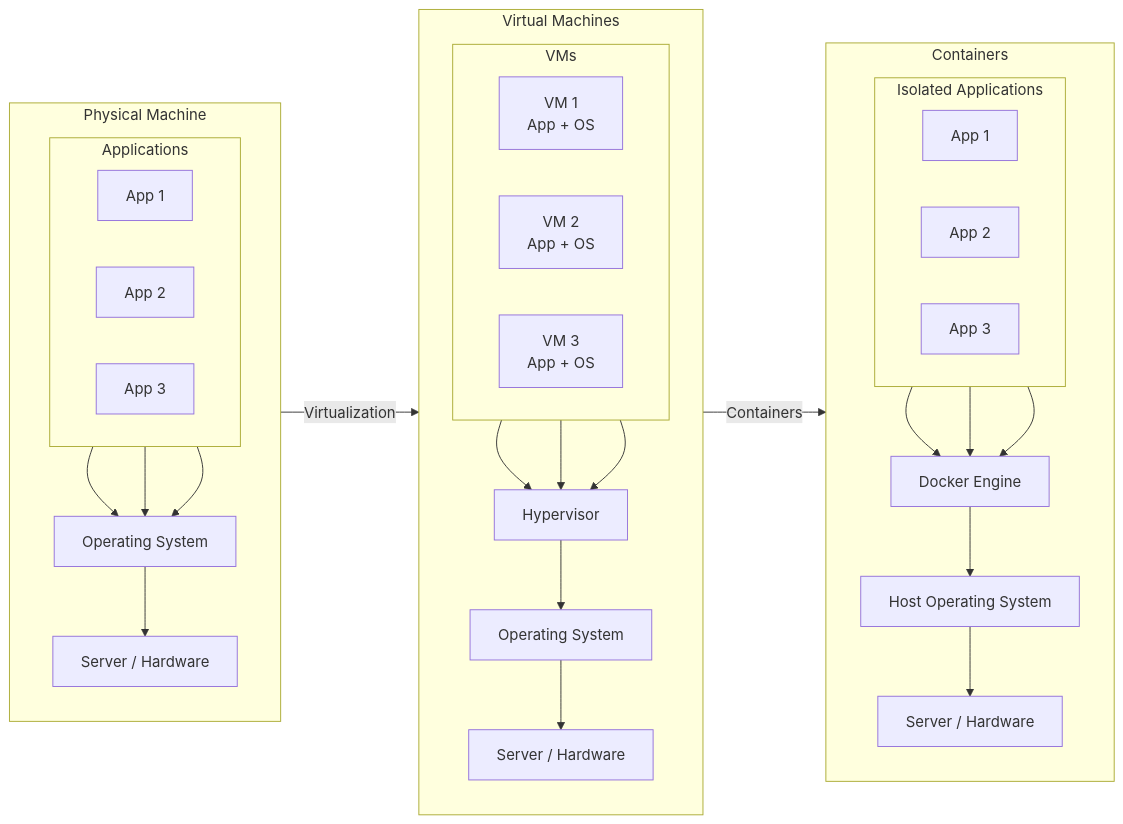
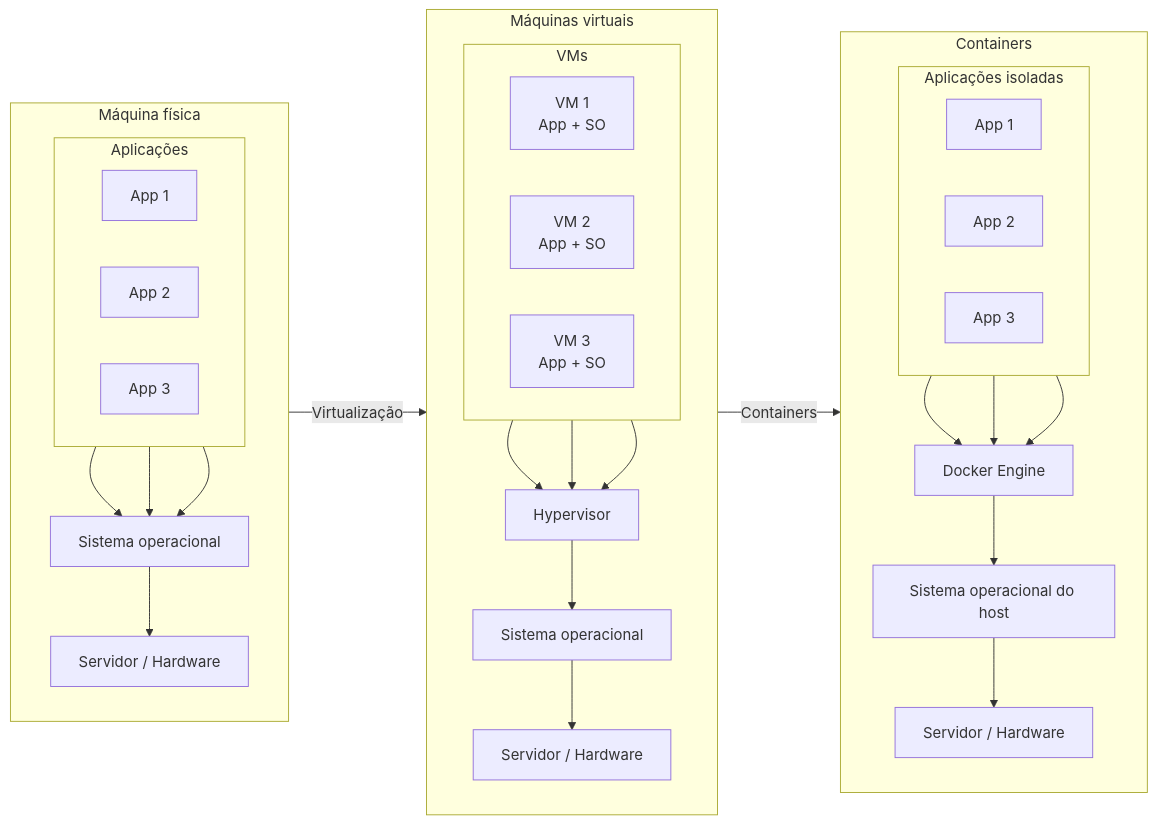
Before and after one commit to csarsantos96/commandlinux-blog: the diagram in src/content/posts/en/O-Que-e-containers.md, drawn with Mermaid. The commit also changed other lines of this file, not shown here.

````diff
--- a/src/content/posts/en/O-Que-e-containers.md
+++ b/src/content/posts/en/O-Que-e-containers.md
@@ -25,66 +25,66 @@
-  ```mermaid
+```mermaid
 flowchart LR
-    subgraph FISICA["Physical Machine"]
+    subgraph FISICA["Máquina física"]
         direction TB
 
-        subgraph APPS_F["Applications"]
+        subgraph APPS_F["Aplicações"]
             direction LR
             F1["App 1"]
             F2["App 2"]
             F3["App 3"]
         end
 
-        FOS["Operating System"]
-        FHW["Server / Hardware"]
+        FOS["Sistema operacional"]
+        FHW["Servidor / Hardware"]
 
         F1 --> FOS
         F2 --> FOS
         F3 --> FOS
         FOS --> FHW
     end
 
-    subgraph VMS["Virtual Machines"]
+    subgraph VMS["Máquinas virtuais"]
         direction TB
 
         subgraph VM_APPS["VMs"]
             direction LR
-            VM1["VM 1<br/>App + OS"]
-            VM2["VM 2<br/>App + OS"]
-            VM3["VM 3<br/>App + OS"]
+            VM1["VM 1<br/>App + SO"]
+            VM2["VM 2<br/>App + SO"]
+            VM3["VM 3<br/>App + SO"]
         end
 
         HYP["Hypervisor"]
-        VOS["Operating System"]
-        VHW["Server / Hardware"]
+        VOS["Sistema operacional"]
+        VHW["Servidor / Hardware"]
 
         VM1 --> HYP
         VM2 --> HYP
         VM3 --> HYP
         HYP --> VOS
         VOS --> VHW
     end
 
     subgraph CONTAINERS["Containers"]
         direction TB
 
-        subgraph C_APPS["Isolated Applications"]
+        subgraph C_APPS["Aplicações isoladas"]
             direction LR
             C1["App 1"]
             C2["App 2"]
             C3["App 3"]
         end
 
         DOCKER["Docker Engine"]
-        COS["Host Operating System"]
-        CHW["Server / Hardware"]
+        COS["Sistema operacional do host"]
+        CHW["Servidor / Hardware"]
 
         C1 --> DOCKER
         C2 --> DOCKER
         C3 --> DOCKER
         DOCKER --> COS
         COS --> CHW
     end
 
-    FOS -->|Virtualization| HYP
+    FOS -->|Virtualização| HYP
     VOS -->|Containers| DOCKER  
-```  
+```
````
